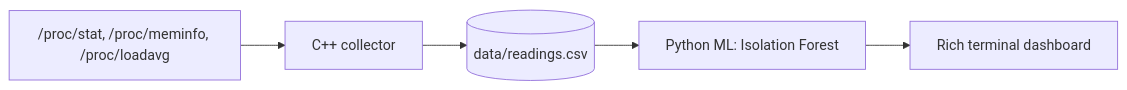
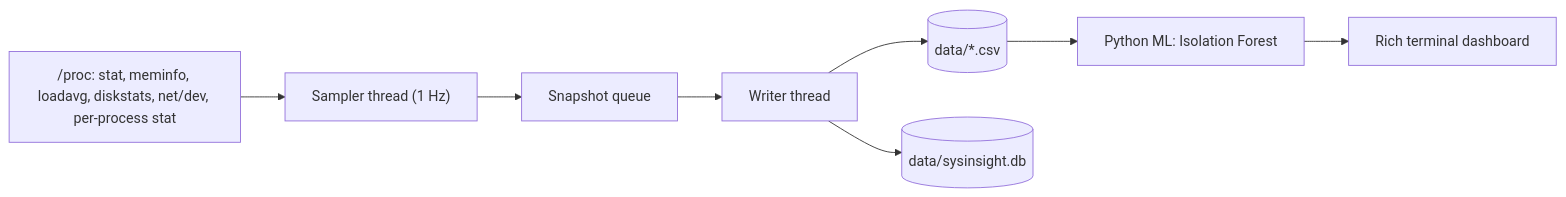
One commit to Rounit-Raj/sysinsight changed the diagram in README.md. Above: the diagram before and after it, drawn with Mermaid. The commit also changed other lines of this file, not shown here.

Commit message:
Update README for threaded collector, SQLite and data files

````diff
--- a/README.md
+++ b/README.md
@@ -25,7 +27,10 @@
 ```mermaid
 flowchart LR
-    A["/proc/stat, /proc/meminfo, /proc/loadavg"] --> B["C++ collector"]
-    B --> C[("data/readings.csv")]
-    C --> D["Python ML: Isolation Forest"]
-    D --> E["Rich terminal dashboard"]
+    A["/proc: stat, meminfo, loadavg, diskstats, net/dev, per-process stat"] --> B["Sampler thread (1 Hz)"]
+    B --> Q["Snapshot queue"]
+    Q --> W["Writer thread"]
+    W --> C[("data/*.csv")]
+    W --> D[("data/sysinsight.db")]
+    C --> E["Python ML: Isolation Forest"]
+    E --> F["Rich terminal dashboard"]
 ```
````
